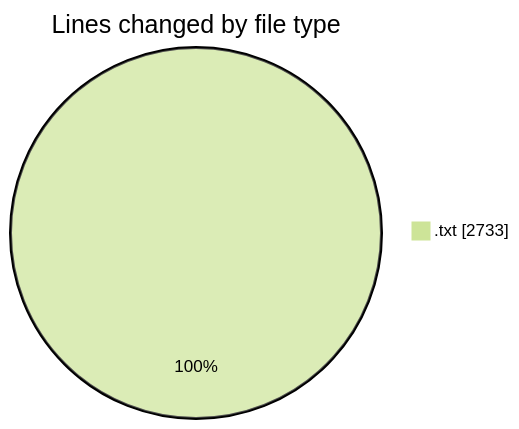
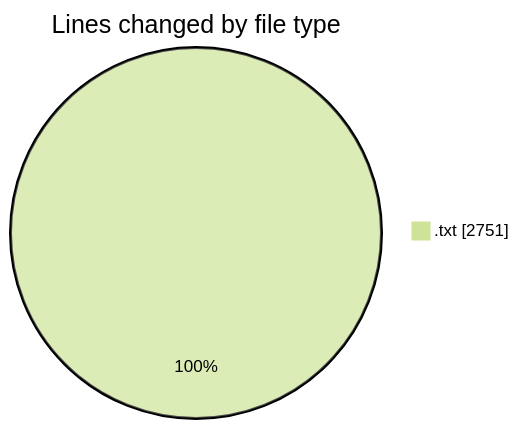
Before and after one commit to momahboobian/code-tracking: the first of 2 diagrams in 2025-02-16/iptv_moreel_me/README.md, drawn with Mermaid (forest theme). The commit also changed other lines of this file and 1 other file, not shown here.

````diff
--- a/2025-02-16/iptv_moreel_me/README.md
+++ b/2025-02-16/iptv_moreel_me/README.md
@@ -20,5 +20,5 @@
 ```mermaid
 pie showData
 title Lines changed by file type
-".txt" : 2733
+".txt" : 2751
 ```
````
